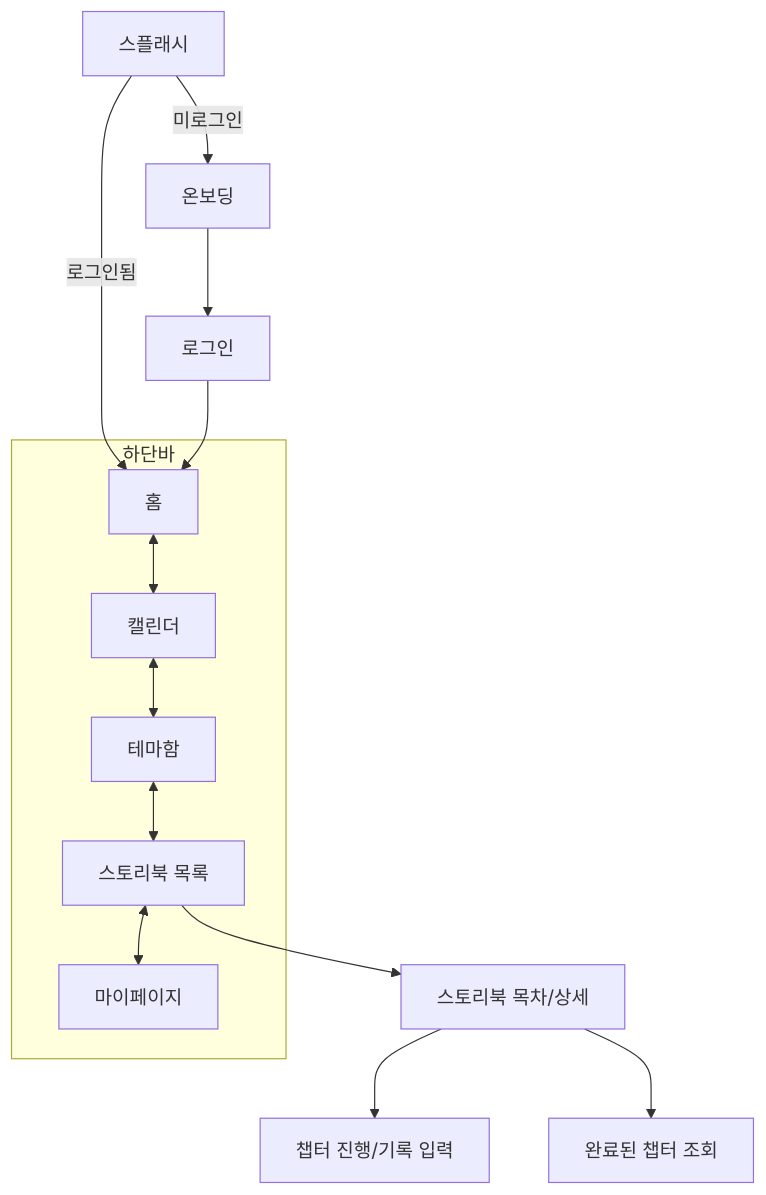
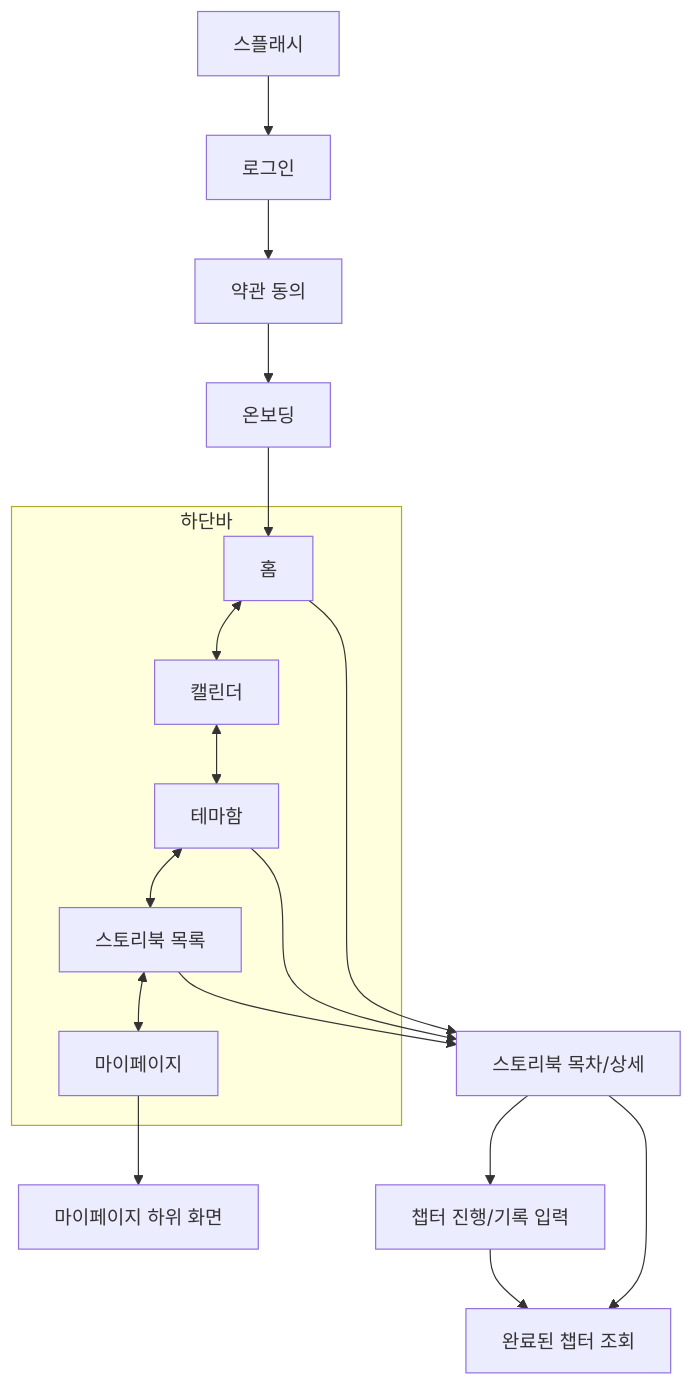
One commit to HALO-UMC/HALO-ANDROID changed the diagram in README.md. Above: the diagram before and after it, drawn with Mermaid. The commit also changed other lines of this file, not shown here.

````diff
--- a/README.md
+++ b/README.md
@@ -110,21 +128,30 @@
 ```mermaid
 flowchart TD
     Splash[스플래시]
+    Login[로그인]
+    Terms[약관 동의]
+    Onboarding[온보딩]
+    Home[홈]
 
-    Splash -->|미로그인| Onboarding[온보딩]
-    Splash -->|로그인됨| Home
-    Onboarding --> Login[로그인]
-    Login --> Home[홈]
+    Splash --> Login
+    Login --> Terms
+    Terms --> Onboarding
+    Onboarding --> Home
 
     subgraph BottomNav[하단바]
         Home <--> Calendar[캘린더]
         Calendar <--> ThemeBox[테마함]
         ThemeBox <--> Storybook[스토리북 목록]
         Storybook <--> MyPage[마이페이지]
     end
 
-    Storybook --> Detail[스토리북 목차/상세]
+    Home --> Detail[스토리북 목차/상세]
+    ThemeBox --> Detail
+    Storybook --> Detail
+
     Detail --> Progress[챕터 진행/기록 입력]
     Detail --> Result[완료된 챕터 조회]
-    
+    Progress --> Result
+
+    MyPage --> MyPageInner[마이페이지 하위 화면]
 ```
````
